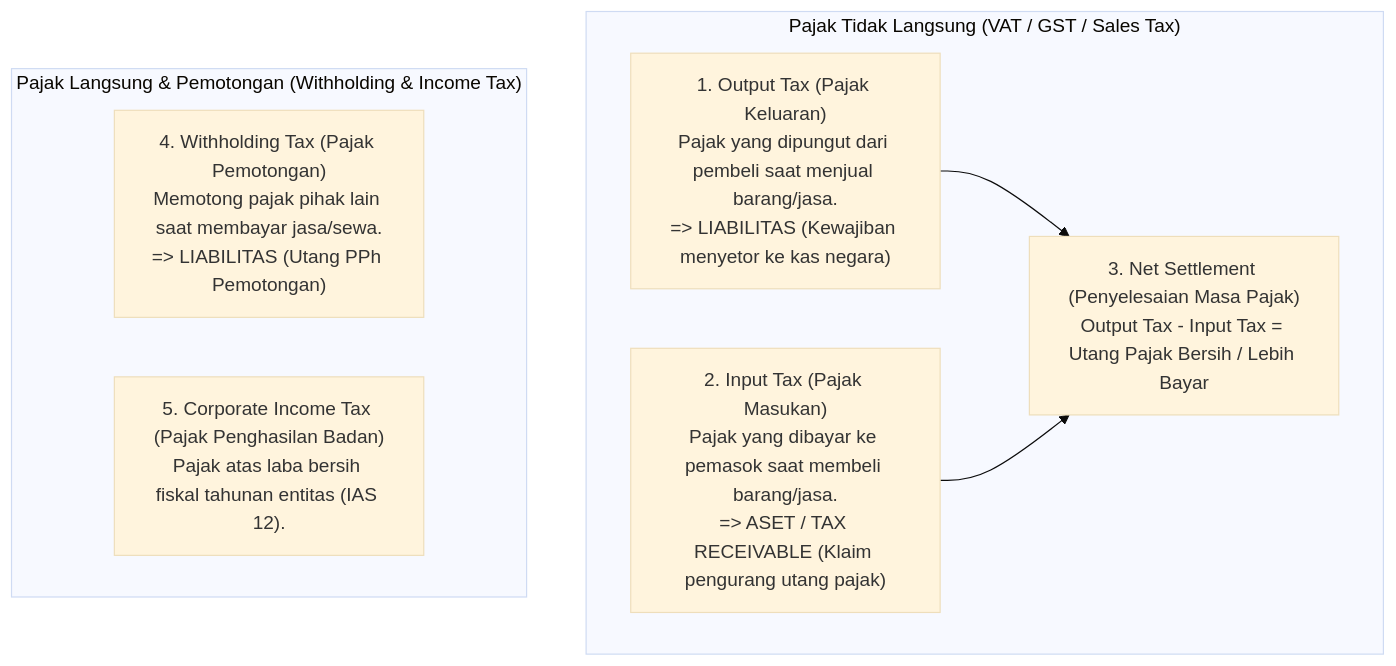
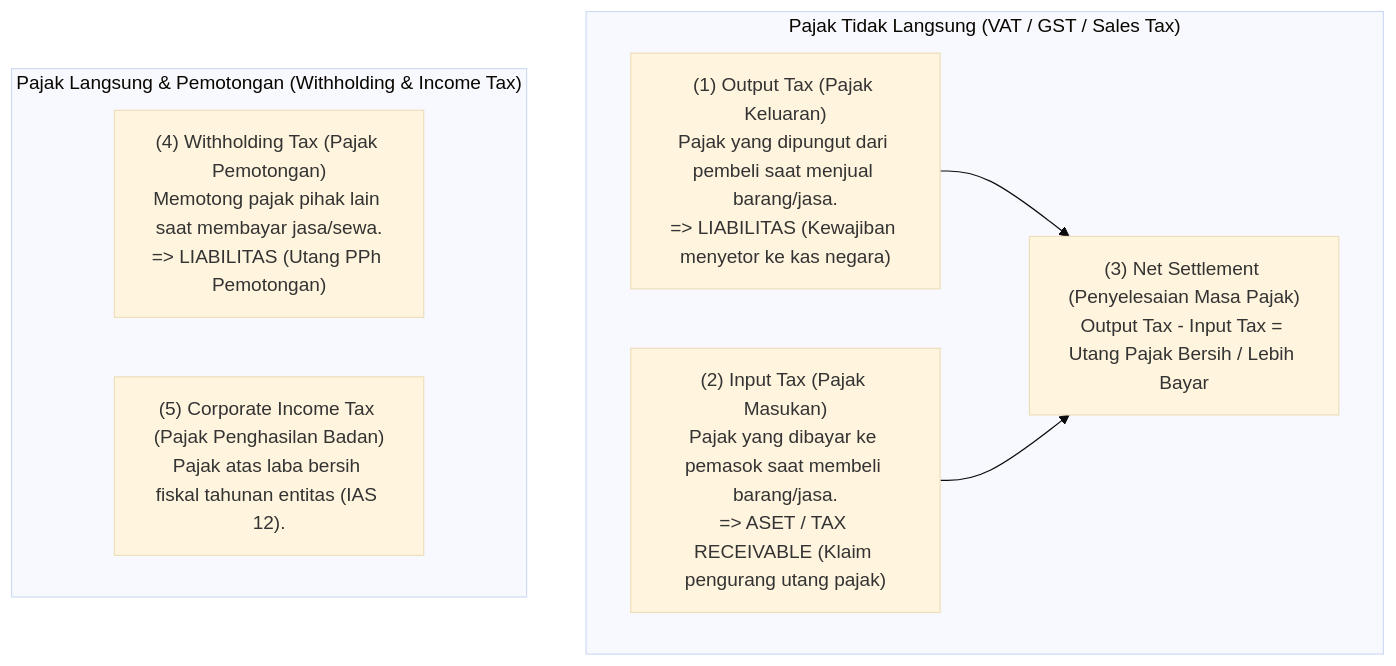
The diagram in content/02-accounting/tax-accounting.md (alimurrofid/erp-notes), drawn with Mermaid (base theme) before and after one commit. The commit also changed 132 other files, not shown here.

````diff
--- a/content/02-accounting/tax-accounting.md
+++ b/content/02-accounting/tax-accounting.md
@@ -19,15 +19,15 @@
 ```mermaid
 flowchart TD
     subgraph IndirectTaxes["Pajak Tidak Langsung (VAT / GST / Sales Tax)"]
-        Output["1. Output Tax (Pajak Keluaran)<br/>Pajak yang dipungut dari pembeli saat menjual barang/jasa.<br/>=> LIABILITAS (Kewajiban menyetor ke kas negara)"]
-        Input["2. Input Tax (Pajak Masukan)<br/>Pajak yang dibayar ke pemasok saat membeli barang/jasa.<br/>=> ASET / TAX RECEIVABLE (Klaim pengurang utang pajak)"]
-        Net["3. Net Settlement (Penyelesaian Masa Pajak)<br/>Output Tax - Input Tax = Utang Pajak Bersih / Lebih Bayar"]
+        Output["(1) Output Tax (Pajak Keluaran)<br/>Pajak yang dipungut dari pembeli saat menjual barang/jasa.<br/>=> LIABILITAS (Kewajiban menyetor ke kas negara)"]
+        Input["(2) Input Tax (Pajak Masukan)<br/>Pajak yang dibayar ke pemasok saat membeli barang/jasa.<br/>=> ASET / TAX RECEIVABLE (Klaim pengurang utang pajak)"]
+        Net["(3) Net Settlement (Penyelesaian Masa Pajak)<br/>Output Tax - Input Tax = Utang Pajak Bersih / Lebih Bayar"]
         Output --> Net
         Input --> Net
     end
 
     subgraph DirectTaxes["Pajak Langsung & Pemotongan (Withholding & Income Tax)"]
-        WHT["4. Withholding Tax (Pajak Pemotongan)<br/>Memotong pajak pihak lain saat membayar jasa/sewa.<br/>=> LIABILITAS (Utang PPh Pemotongan)"]
-        CIT["5. Corporate Income Tax (Pajak Penghasilan Badan)<br/>Pajak atas laba bersih fiskal tahunan entitas (IAS 12)."]
+        WHT["(4) Withholding Tax (Pajak Pemotongan)<br/>Memotong pajak pihak lain saat membayar jasa/sewa.<br/>=> LIABILITAS (Utang PPh Pemotongan)"]
+        CIT["(5) Corporate Income Tax (Pajak Penghasilan Badan)<br/>Pajak atas laba bersih fiskal tahunan entitas (IAS 12)."]
     end
 ```
````
